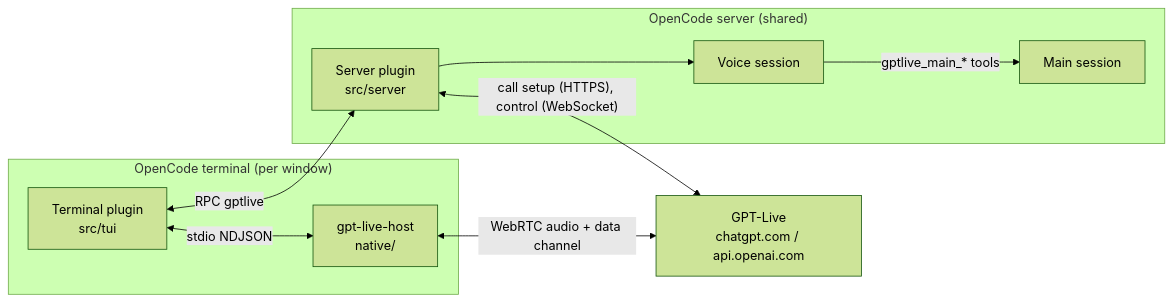
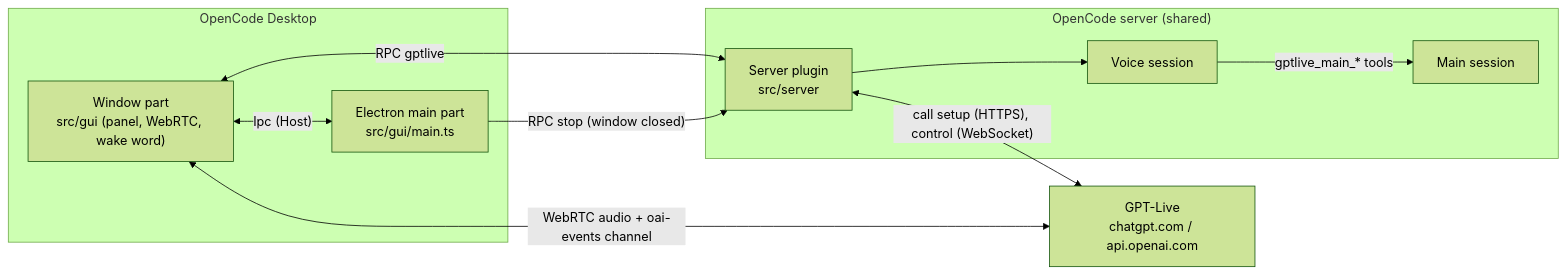
Before and after one commit to devagrawal09/opencode-live: the diagram in docs/architecture.md, drawn with Mermaid (forest theme). The commit also changed other lines of this file and 16 other files, not shown here.

First line of the commit message:
docs: README, architecture and contributor docs for opencode-live

````diff
--- a/docs/architecture.md
+++ b/docs/architecture.md
@@ -6,20 +10,21 @@
 ```mermaid
 flowchart LR
-  subgraph Terminal["OpenCode terminal (per window)"]
-    tui["Terminal plugin<br/>src/tui"]
-    host["gpt-live-host<br/>native/"]
+  subgraph Desktop["OpenCode Desktop"]
+    window["Window part<br/>src/gui (panel, WebRTC, wake word)"]
+    electron["Electron main part<br/>src/gui/main.ts"]
   end
   subgraph Server["OpenCode server (shared)"]
     server["Server plugin<br/>src/server"]
     voice["Voice session"]
     main["Main session"]
   end
   openai["GPT-Live<br/>chatgpt.com / api.openai.com"]
 
-  tui <-->|"stdio NDJSON"| host
-  tui <-->|"RPC gptlive"| server
-  host <-->|"WebRTC audio + data channel"| openai
+  window <-->|"Ipc (Host)"| electron
+  window <-->|"RPC gptlive"| server
+  electron -->|"RPC stop (window closed)"| server
+  window <-->|"WebRTC audio + oai-events channel"| openai
   server <-->|"call setup (HTTPS), control (WebSocket)"| openai
   server --> voice
   voice -->|"gptlive_main_* tools"| main
 ```
````
